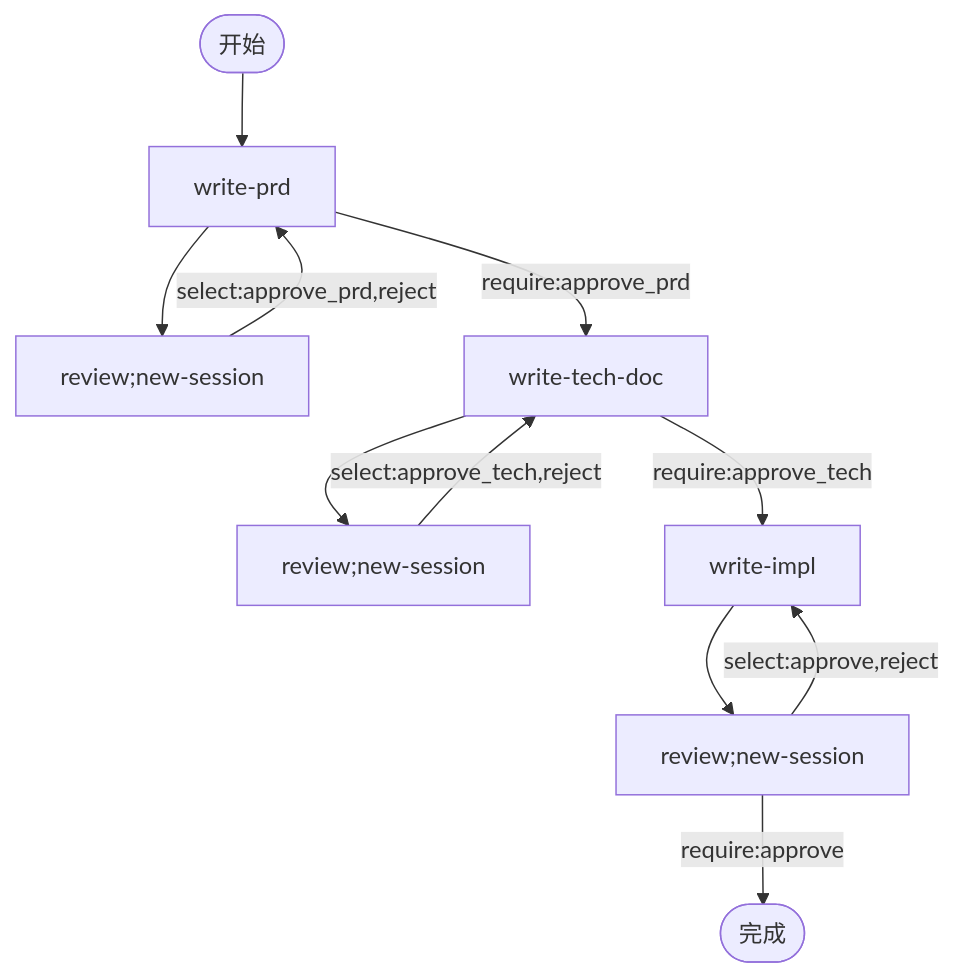
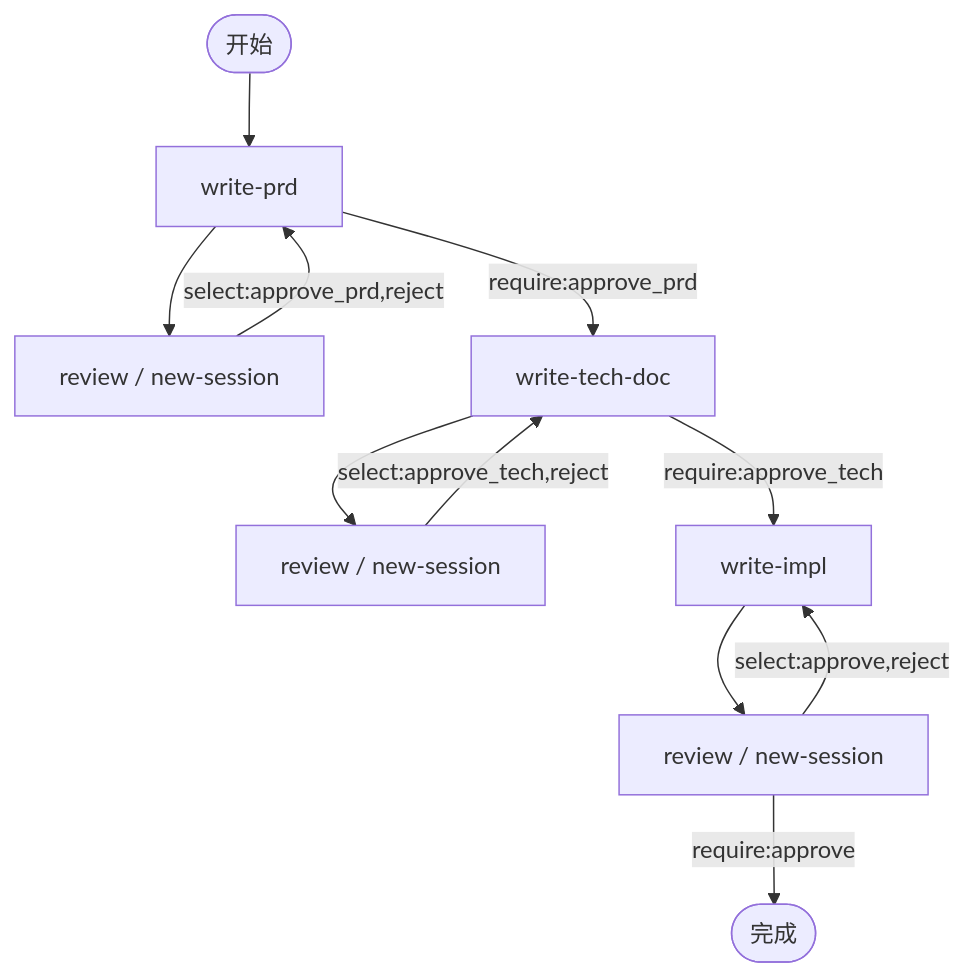
One commit to MiyakoMeow/neco changed the diagram in progress/REQUIREMENT.md. Above: the diagram before and after it, drawn with Mermaid. The commit also changed other lines of this file, not shown here.

````diff
--- a/progress/REQUIREMENT.md
+++ b/progress/REQUIREMENT.md
@@ -304,16 +382,16 @@
 ```mermaid
 flowchart TD
     START([开始]) --> WRITE_PRD[write-prd]
 
-    WRITE_PRD --> REVIEW_PRD[review;new-session]
+    WRITE_PRD --> REVIEW_PRD[review / new-session]
     REVIEW_PRD -->|select:approve_prd,reject| WRITE_PRD
     WRITE_PRD -->|require:approve_prd| WRITE_TECH_DOC[write-tech-doc]
 
-    WRITE_TECH_DOC --> REVIEW_TECH_DOC[review;new-session]
+    WRITE_TECH_DOC --> REVIEW_TECH_DOC[review / new-session]
     REVIEW_TECH_DOC -->|select:approve_tech,reject| WRITE_TECH_DOC
     WRITE_TECH_DOC -->|require:approve_tech| WRITE_IMPL[write-impl]
     
-    WRITE_IMPL --> REVIEW_IMPL[review;new-session]
+    WRITE_IMPL --> REVIEW_IMPL[review / new-session]
     REVIEW_IMPL -->|select:approve,reject| WRITE_IMPL
     REVIEW_IMPL -->|require:approve| END([完成])
 ```
````
